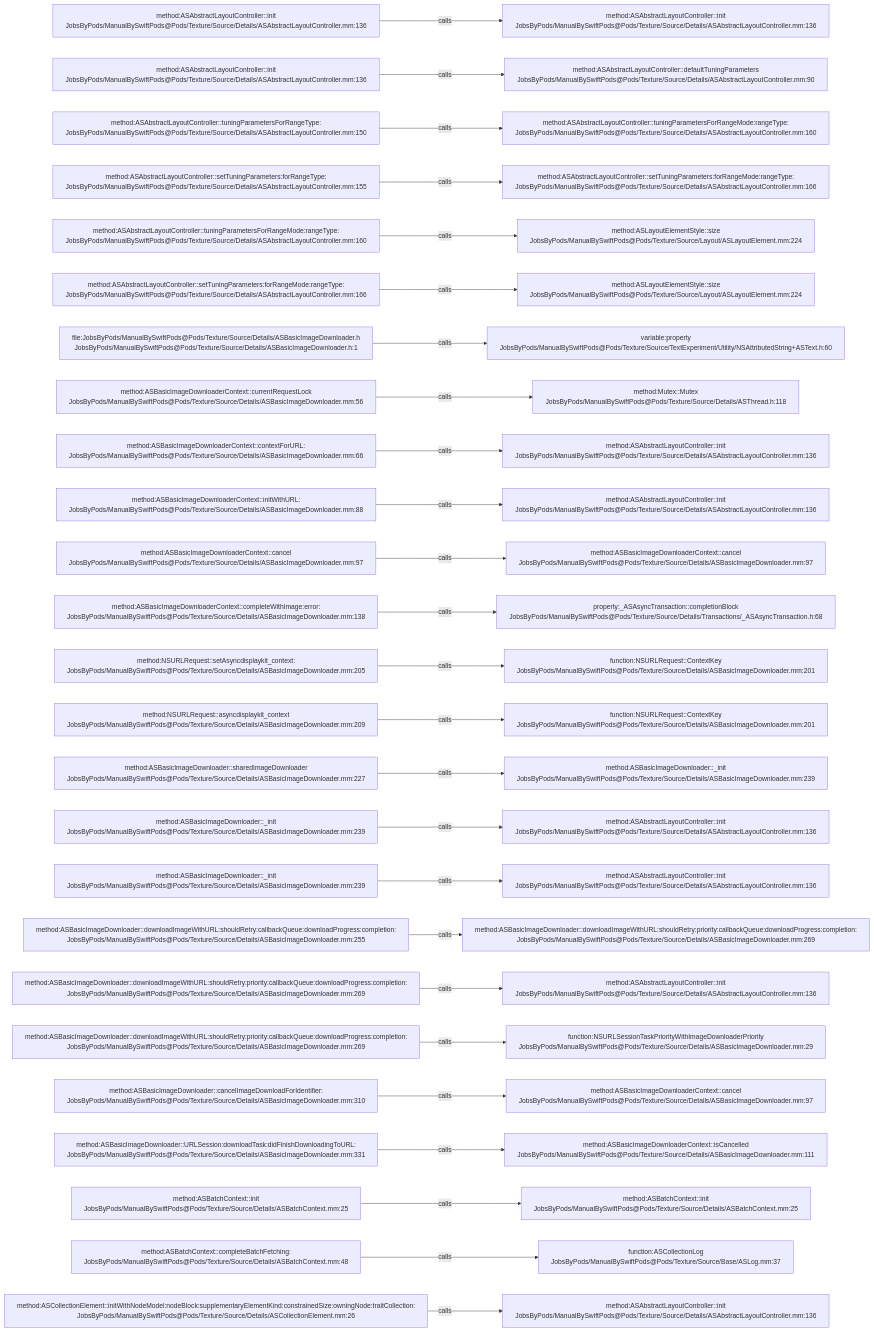
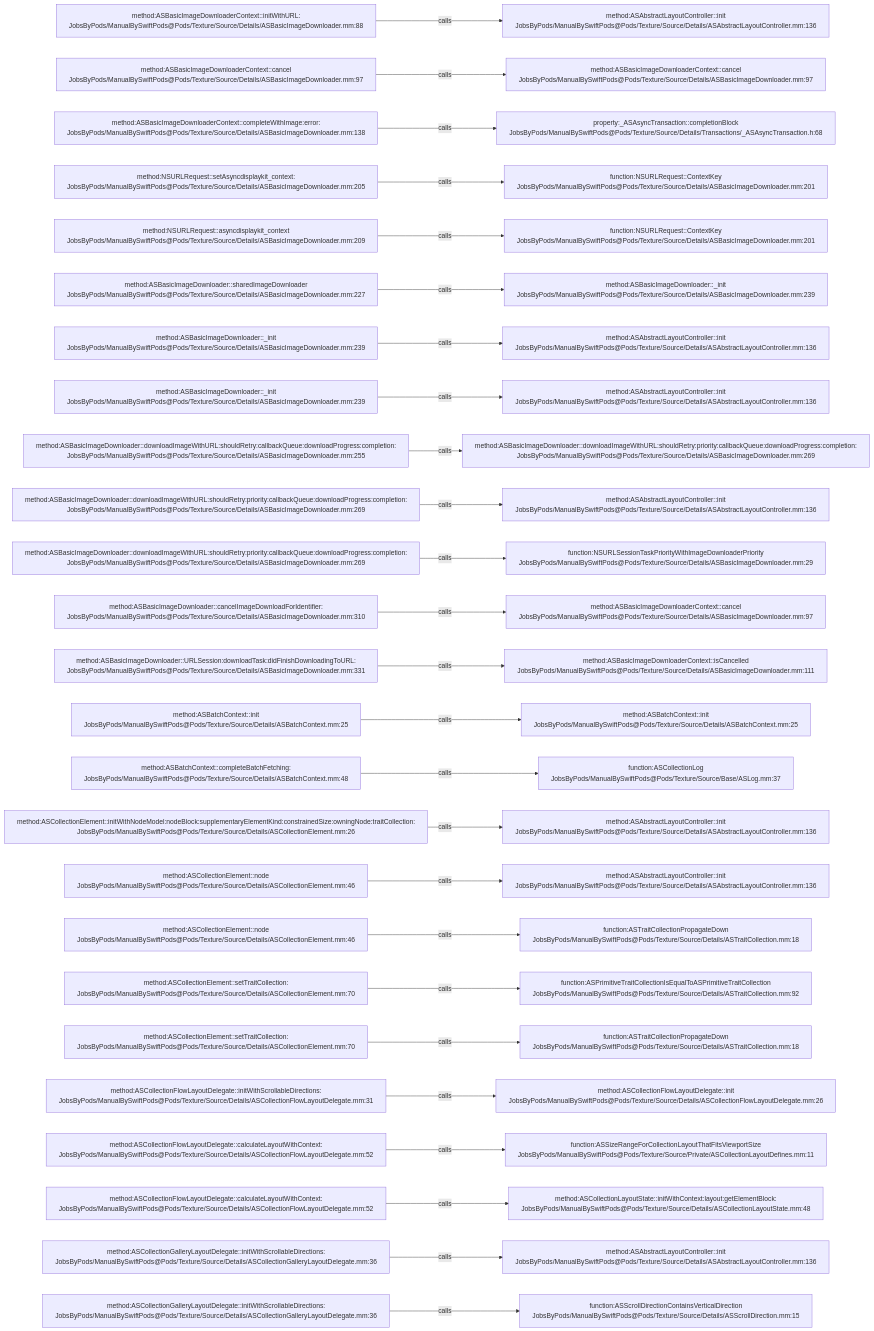
One commit to JobsKits/JobsSwiftBaseConfigDemo changed the diagram in .codegraph/codegraph.md/graphs/calls-082.md. Above: the diagram before and after it, drawn with Mermaid. The commit also changed 707 other files, not shown here.

````diff
--- a/.codegraph/codegraph.md/graphs/calls-082.md
+++ b/.codegraph/codegraph.md/graphs/calls-082.md
@@ -13,78 +13,78 @@
 ```mermaid
 flowchart LR
-  S1["method:ASAbstractLayoutController::init<br/>JobsByPods/ManualBySwiftPods@Pods/Texture/Source/Details/ASAbstractLayoutController.mm:136"]
+  S1["method:ASBasicImageDownloaderContext::initWithURL:<br/>JobsByPods/ManualBySwiftPods@Pods/Texture/Source/Details/ASBasicImageDownloader.mm:88"]
   T1["method:ASAbstractLayoutController::init<br/>JobsByPods/ManualBySwiftPods@Pods/Texture/Source/Details/ASAbstractLayoutController.mm:136"]
   S1 -->|calls| T1
-  S2["method:ASAbstractLayoutController::init<br/>JobsByPods/ManualBySwiftPods@Pods/Texture/Source/Details/ASAbstractLayoutController.mm:136"]
-  T2["method:ASAbstractLayoutController::defaultTuningParameters<br/>JobsByPods/ManualBySwiftPods@Pods/Texture/Source/Details/ASAbstractLayoutController.mm:90"]
+  S2["method:ASBasicImageDownloaderContext::cancel<br/>JobsByPods/ManualBySwiftPods@Pods/Texture/Source/Details/ASBasicImageDownloader.mm:97"]
+  T2["method:ASBasicImageDownloaderContext::cancel<br/>JobsByPods/ManualBySwiftPods@Pods/Texture/Source/Details/ASBasicImageDownloader.mm:97"]
   S2 -->|calls| T2
-  S3["method:ASAbstractLayoutController::tuningParametersForRangeType:<br/>JobsByPods/ManualBySwiftPods@Pods/Texture/Source/Details/ASAbstractLayoutController.mm:150"]
-  T3["method:ASAbstractLayoutController::tuningParametersForRangeMode:rangeType:<br/>JobsByPods/ManualBySwiftPods@Pods/Texture/Source/Details/ASAbstractLayoutController.mm:160"]
+  S3["method:ASBasicImageDownloaderContext::completeWithImage:error:<br/>JobsByPods/ManualBySwiftPods@Pods/Texture/Source/Details/ASBasicImageDownloader.mm:138"]
+  T3["property:_ASAsyncTransaction::completionBlock<br/>JobsByPods/ManualBySwiftPods@Pods/Texture/Source/Details/Transactions/_ASAsyncTransaction.h:68"]
   S3 -->|calls| T3
-  S4["method:ASAbstractLayoutController::setTuningParameters:forRangeType:<br/>JobsByPods/ManualBySwiftPods@Pods/Texture/Source/Details/ASAbstractLayoutController.mm:155"]
-  T4["method:ASAbstractLayoutController::setTuningParameters:forRangeMode:rangeType:<br/>JobsByPods/ManualBySwiftPods@Pods/Texture/Source/Details/ASAbstractLayoutController.mm:166"]
+  S4["method:NSURLRequest::setAsyncdisplaykit_context:<br/>JobsByPods/ManualBySwiftPods@Pods/Texture/Source/Details/ASBasicImageDownloader.mm:205"]
+  T4["function:NSURLRequest::ContextKey<br/>JobsByPods/ManualBySwiftPods@Pods/Texture/Source/Details/ASBasicImageDownloader.mm:201"]
   S4 -->|calls| T4
-  S5["method:ASAbstractLayoutController::tuningParametersForRangeMode:rangeType:<br/>JobsByPods/ManualBySwiftPods@Pods/Texture/Source/Details/ASAbstractLayoutController.mm:160"]
-  T5["method:ASLayoutElementStyle::size<br/>JobsByPods/ManualBySwiftPods@Pods/Texture/Source/Layout/ASLayoutElement.mm:224"]
+  S5["method:NSURLRequest::asyncdisplaykit_context<br/>JobsByPods/ManualBySwiftPods@Pods/Texture/Source/Details/ASBasicImageDownloader.mm:209"]
+  T5["function:NSURLRequest::ContextKey<br/>JobsByPods/ManualBySwiftPods@Pods/Texture/Source/Details/ASBasicImageDownloader.mm:201"]
   S5 -->|calls| T5
-  S6["method:ASAbstractLayoutController::setTuningParameters:forRangeMode:rangeType:<br/>JobsByPods/ManualBySwiftPods@Pods/Texture/Source/Details/ASAbstractLayoutController.mm:166"]
-  T6["method:ASLayoutElementStyle::size<br/>JobsByPods/ManualBySwiftPods@Pods/Texture/Source/Layout/ASLayoutElement.mm:224"]
+  S6["method:ASBasicImageDownloader::sharedImageDownloader<br/>JobsByPods/ManualBySwiftPods@Pods/Texture/Source/Details/ASBasicImageDownloader.mm:227"]
+  T6["method:ASBasicImageDownloader::_init<br/>JobsByPods/ManualBySwiftPods@Pods/Texture/Source/Details/ASBasicImageDownloader.mm:239"]
   S6 -->|calls| T6
-  S7["file:JobsByPods/ManualBySwiftPods@Pods/Texture/Source/Details/ASBasicImageDownloader.h<br/>JobsByPods/ManualBySwiftPods@Pods/Texture/Source/Details/ASBasicImageDownloader.h:1"]
-  T7["variable:property<br/>JobsByPods/ManualBySwiftPods@Pods/Texture/Source/TextExperiment/Utility/NSAttributedString+ASText.h:60"]
+  S7["method:ASBasicImageDownloader::_init<br/>JobsByPods/ManualBySwiftPods@Pods/Texture/Source/Details/ASBasicImageDownloader.mm:239"]
+  T7["method:ASAbstractLayoutController::init<br/>JobsByPods/ManualBySwiftPods@Pods/Texture/Source/Details/ASAbstractLayoutController.mm:136"]
   S7 -->|calls| T7
-  S8["method:ASBasicImageDownloaderContext::currentRequestLock<br/>JobsByPods/ManualBySwiftPods@Pods/Texture/Source/Details/ASBasicImageDownloader.mm:56"]
-  T8["method:Mutex::Mutex<br/>JobsByPods/ManualBySwiftPods@Pods/Texture/Source/Details/ASThread.h:118"]
+  S8["method:ASBasicImageDownloader::_init<br/>JobsByPods/ManualBySwiftPods@Pods/Texture/Source/Details/ASBasicImageDownloader.mm:239"]
+  T8["method:ASAbstractLayoutController::init<br/>JobsByPods/ManualBySwiftPods@Pods/Texture/Source/Details/ASAbstractLayoutController.mm:136"]
   S8 -->|calls| T8
-  S9["method:ASBasicImageDownloaderContext::contextForURL:<br/>JobsByPods/ManualBySwiftPods@Pods/Texture/Source/Details/ASBasicImageDownloader.mm:66"]
-  T9["method:ASAbstractLayoutController::init<br/>JobsByPods/ManualBySwiftPods@Pods/Texture/Source/Details/ASAbstractLayoutController.mm:136"]
+  S9["method:ASBasicImageDownloader::downloadImageWithURL:shouldRetry:callbackQueue:downloadProgress:completion:<br/>JobsByPods/ManualBySwiftPods@Pods/Texture/Source/Details/ASBasicImageDownloader.mm:255"]
+  T9["method:ASBasicImageDownloader::downloadImageWithURL:shouldRetry:priority:callbackQueue:downloadProgress:completion:<br/>JobsByPods/ManualBySwiftPods@Pods/Texture/Source/Details/ASBasicImageDownloader.mm:269"]
   S9 -->|calls| T9
-  S10["method:ASBasicImageDownloaderContext::initWithURL:<br/>JobsByPods/ManualBySwiftPods@Pods/Texture/Source/Details/ASBasicImageDownloader.mm:88"]
+  S10["method:ASBasicImageDownloader::downloadImageWithURL:shouldRetry:priority:callbackQueue:downloadProgress:completion:<br/>JobsByPods/ManualBySwiftPods@Pods/Texture/Source/Details/ASBasicImageDownloader.mm:269"]
   T10["method:ASAbstractLayoutController::init<br/>JobsByPods/ManualBySwiftPods@Pods/Texture/Source/Details/ASAbstractLayoutController.mm:136"]
   S10 -->|calls| T10
-  S11["method:ASBasicImageDownloaderContext::cancel<br/>JobsByPods/ManualBySwiftPods@Pods/Texture/Source/Details/ASBasicImageDownloader.mm:97"]
-  T11["method:ASBasicImageDownloaderContext::cancel<br/>JobsByPods/ManualBySwiftPods@Pods/Texture/Source/Details/ASBasicImageDownloader.mm:97"]
+  S11["method:ASBasicImageDownloader::downloadImageWithURL:shouldRetry:priority:callbackQueue:downloadProgress:completion:<br/>JobsByPods/ManualBySwiftPods@Pods/Texture/Source/Details/ASBasicImageDownloader.mm:269"]
+  T11["function:NSURLSessionTaskPriorityWithImageDownloaderPriority<br/>JobsByPods/ManualBySwiftPods@Pods/Texture/Source/Details/ASBasicImageDownloader.mm:29"]
   S11 -->|calls| T11
-  S12["method:ASBasicImageDownloaderContext::completeWithImage:error:<br/>JobsByPods/ManualBySwiftPods@Pods/Texture/Source/Details/ASBasicImageDownloader.mm:138"]
-  T12["property:_ASAsyncTransaction::completionBlock<br/>JobsByPods/ManualBySwiftPods@Pods/Texture/Source/Details/Transactions/_ASAsyncTransaction.h:68"]
+  S12["method:ASBasicImageDownloader::cancelImageDownloadForIdentifier:<br/>JobsByPods/ManualBySwiftPods@Pods/Texture/Source/Details/ASBasicImageDownloader.mm:310"]
+  T12["method:ASBasicImageDownloaderContext::cancel<br/>JobsByPods/ManualBySwiftPods@Pods/Texture/Source/Details/ASBasicImageDownloader.mm:97"]
   S12 -->|calls| T12
-  S13["method:NSURLRequest::setAsyncdisplaykit_context:<br/>JobsByPods/ManualBySwiftPods@Pods/Texture/Source/Details/ASBasicImageDownloader.mm:205"]
-  T13["function:NSURLRequest::ContextKey<br/>JobsByPods/ManualBySwiftPods@Pods/Texture/Source/Details/ASBasicImageDownloader.mm:201"]
+  S13["method:ASBasicImageDownloader::URLSession:downloadTask:didFinishDownloadingToURL:<br/>JobsByPods/ManualBySwiftPods@Pods/Texture/Source/Details/ASBasicImageDownloader.mm:331"]
+  T13["method:ASBasicImageDownloaderContext::isCancelled<br/>JobsByPods/ManualBySwiftPods@Pods/Texture/Source/Details/ASBasicImageDownloader.mm:111"]
   S13 -->|calls| T13
-  S14["method:NSURLRequest::asyncdisplaykit_context<br/>JobsByPods/ManualBySwiftPods@Pods/Texture/Source/Details/ASBasicImageDownloader.mm:209"]
-  T14["function:NSURLRequest::ContextKey<br/>JobsByPods/ManualBySwiftPods@Pods/Texture/Source/Details/ASBasicImageDownloader.mm:201"]
+  S14["method:ASBatchContext::init<br/>JobsByPods/ManualBySwiftPods@Pods/Texture/Source/Details/ASBatchContext.mm:25"]
+  T14["method:ASBatchContext::init<br/>JobsByPods/ManualBySwiftPods@Pods/Texture/Source/Details/ASBatchContext.mm:25"]
   S14 -->|calls| T14
-  S15["method:ASBasicImageDownloader::sharedImageDownloader<br/>JobsByPods/ManualBySwiftPods@Pods/Texture/Source/Details/ASBasicImageDownloader.mm:227"]
-  T15["method:ASBasicImageDownloader::_init<br/>JobsByPods/ManualBySwiftPods@Pods/Texture/Source/Details/ASBasicImageDownloader.mm:239"]
+  S15["method:ASBatchContext::completeBatchFetching:<br/>JobsByPods/ManualBySwiftPods@Pods/Texture/Source/Details/ASBatchContext.mm:48"]
+  T15["function:ASCollectionLog<br/>JobsByPods/ManualBySwiftPods@Pods/Texture/Source/Base/ASLog.mm:37"]
   S15 -->|calls| T15
-  S16["method:ASBasicImageDownloader::_init<br/>JobsByPods/ManualBySwiftPods@Pods/Texture/Source/Details/ASBasicImageDownloader.mm:239"]
+  S16["method:ASCollectionElement::initWithNodeModel:nodeBlock:supplementaryElementKind:constrainedSize:owningNode:traitCollection:<br/>JobsByPods/ManualBySwiftPods@Pods/Texture/Source/Details/ASCollectionElement.mm:26"]
   T16["method:ASAbstractLayoutController::init<br/>JobsByPods/ManualBySwiftPods@Pods/Texture/Source/Details/ASAbstractLayoutController.mm:136"]
   S16 -->|calls| T16
-  S17["method:ASBasicImageDownloader::_init<br/>JobsByPods/ManualBySwiftPods@Pods/Texture/Source/Details/ASBasicImageDownloader.mm:239"]
+  S17["method:ASCollectionElement::node<br/>JobsByPods/ManualBySwiftPods@Pods/Texture/Source/Details/ASCollectionElement.mm:46"]
   T17["method:ASAbstractLayoutController::init<br/>JobsByPods/ManualBySwiftPods@Pods/Texture/Source/Details/ASAbstractLayoutController.mm:136"]
   S17 -->|calls| T17
-  S18["method:ASBasicImageDownloader::downloadImageWithURL:shouldRetry:callbackQueue:downloadProgress:completion:<br/>JobsByPods/ManualBySwiftPods@Pods/Texture/Source/Details/ASBasicImageDownloader.mm:255"]
-  T18["method:ASBasicImageDownloader::downloadImageWithURL:shouldRetry:priority:callbackQueue:downloadProgress:completion:<br/>JobsByPods/ManualBySwiftPods@Pods/Texture/Source/Details/ASBasicImageDownloader.mm:269"]
+  S18["method:ASCollectionElement::node<br/>JobsByPods/ManualBySwiftPods@Pods/Texture/Source/Details/ASCollectionElement.mm:46"]
+  T18["function:ASTraitCollectionPropagateDown<br/>JobsByPods/ManualBySwiftPods@Pods/Texture/Source/Details/ASTraitCollection.mm:18"]
   S18 -->|calls| T18
-  S19["method:ASBasicImageDownloader::downloadImageWithURL:shouldRetry:priority:callbackQueue:downloadProgress:completion:<br/>JobsByPods/ManualBySwiftPods@Pods/Texture/Source/Details/ASBasicImageDownloader.mm:269"]
-  T19["method:ASAbstractLayoutController::init<br/>JobsByPods/ManualBySwiftPods@Pods/Texture/Source/Details/ASAbstractLayoutController.mm:136"]
+  S19["method:ASCollectionElement::setTraitCollection:<br/>JobsByPods/ManualBySwiftPods@Pods/Texture/Source/Details/ASCollectionElement.mm:70"]
+  T19["function:ASPrimitiveTraitCollectionIsEqualToASPrimitiveTraitCollection<br/>JobsByPods/ManualBySwiftPods@Pods/Texture/Source/Details/ASTraitCollection.mm:92"]
   S19 -->|calls| T19
-  S20["method:ASBasicImageDownloader::downloadImageWithURL:shouldRetry:priority:callbackQueue:downloadProgress:completion:<br/>JobsByPods/ManualBySwiftPods@Pods/Texture/Source/Details/ASBasicImageDownloader.mm:269"]
-  T20["function:NSURLSessionTaskPriorityWithImageDownloaderPriority<br/>JobsByPods/ManualBySwiftPods@Pods/Texture/Source/Details/ASBasicImageDownloader.mm:29"]
+  S20["method:ASCollectionElement::setTraitCollection:<br/>JobsByPods/ManualBySwiftPods@Pods/Texture/Source/Details/ASCollectionElement.mm:70"]
+  T20["function:ASTraitCollectionPropagateDown<br/>JobsByPods/ManualBySwiftPods@Pods/Texture/Source/Details/ASTraitCollection.mm:18"]
   S20 -->|calls| T20
-  S21["method:ASBasicImageDownloader::cancelImageDownloadForIdentifier:<br/>JobsByPods/ManualBySwiftPods@Pods/Texture/Source/Details/ASBasicImageDownloader.mm:310"]
-  T21["method:ASBasicImageDownloaderContext::cancel<br/>JobsByPods/ManualBySwiftPods@Pods/Texture/Source/Details/ASBasicImageDownloader.mm:97"]
+  S21["method:ASCollectionFlowLayoutDelegate::initWithScrollableDirections:<br/>JobsByPods/ManualBySwiftPods@Pods/Texture/Source/Details/ASCollectionFlowLayoutDelegate.mm:31"]
+  T21["method:ASCollectionFlowLayoutDelegate::init<br/>JobsByPods/ManualBySwiftPods@Pods/Texture/Source/Details/ASCollectionFlowLayoutDelegate.mm:26"]
   S21 -->|calls| T21
-  S22["method:ASBasicImageDownloader::URLSession:downloadTask:didFinishDownloadingToURL:<br/>JobsByPods/ManualBySwiftPods@Pods/Texture/Source/Details/ASBasicImageDownloader.mm:331"]
-  T22["method:ASBasicImageDownloaderContext::isCancelled<br/>JobsByPods/ManualBySwiftPods@Pods/Texture/Source/Details/ASBasicImageDownloader.mm:111"]
+  S22["method:ASCollectionFlowLayoutDelegate::calculateLayoutWithContext:<br/>JobsByPods/ManualBySwiftPods@Pods/Texture/Source/Details/ASCollectionFlowLayoutDelegate.mm:52"]
+  T22["function:ASSizeRangeForCollectionLayoutThatFitsViewportSize<br/>JobsByPods/ManualBySwiftPods@Pods/Texture/Source/Private/ASCollectionLayoutDefines.mm:11"]
   S22 -->|calls| T22
-  S23["method:ASBatchContext::init<br/>JobsByPods/ManualBySwiftPods@Pods/Texture/Source/Details/ASBatchContext.mm:25"]
-  T23["method:ASBatchContext::init<br/>JobsByPods/ManualBySwiftPods@Pods/Texture/Source/Details/ASBatchContext.mm:25"]
+  S23["method:ASCollectionFlowLayoutDelegate::calculateLayoutWithContext:<br/>JobsByPods/ManualBySwiftPods@Pods/Texture/Source/Details/ASCollectionFlowLayoutDelegate.mm:52"]
+  T23["method:ASCollectionLayoutState::initWithContext:layout:getElementBlock:<br/>JobsByPods/ManualBySwiftPods@Pods/Texture/Source/Details/ASCollectionLayoutState.mm:48"]
   S23 -->|calls| T23
-  S24["method:ASBatchContext::completeBatchFetching:<br/>JobsByPods/ManualBySwiftPods@Pods/Texture/Source/Details/ASBatchContext.mm:48"]
-  T24["function:ASCollectionLog<br/>JobsByPods/ManualBySwiftPods@Pods/Texture/Source/Base/ASLog.mm:37"]
+  S24["method:ASCollectionGalleryLayoutDelegate::initWithScrollableDirections:<br/>JobsByPods/ManualBySwiftPods@Pods/Texture/Source/Details/ASCollectionGalleryLayoutDelegate.mm:36"]
+  T24["method:ASAbstractLayoutController::init<br/>JobsByPods/ManualBySwiftPods@Pods/Texture/Source/Details/ASAbstractLayoutController.mm:136"]
   S24 -->|calls| T24
-  S25["method:ASCollectionElement::initWithNodeModel:nodeBlock:supplementaryElementKind:constrainedSize:owningNode:traitCollection:<br/>JobsByPods/ManualBySwiftPods@Pods/Texture/Source/Details/ASCollectionElement.mm:26"]
-  T25["method:ASAbstractLayoutController::init<br/>JobsByPods/ManualBySwiftPods@Pods/Texture/Source/Details/ASAbstractLayoutController.mm:136"]
+  S25["method:ASCollectionGalleryLayoutDelegate::initWithScrollableDirections:<br/>JobsByPods/ManualBySwiftPods@Pods/Texture/Source/Details/ASCollectionGalleryLayoutDelegate.mm:36"]
+  T25["function:ASScrollDirectionContainsVerticalDirection<br/>JobsByPods/ManualBySwiftPods@Pods/Texture/Source/Details/ASScrollDirection.mm:15"]
   S25 -->|calls| T25
 ```
````
